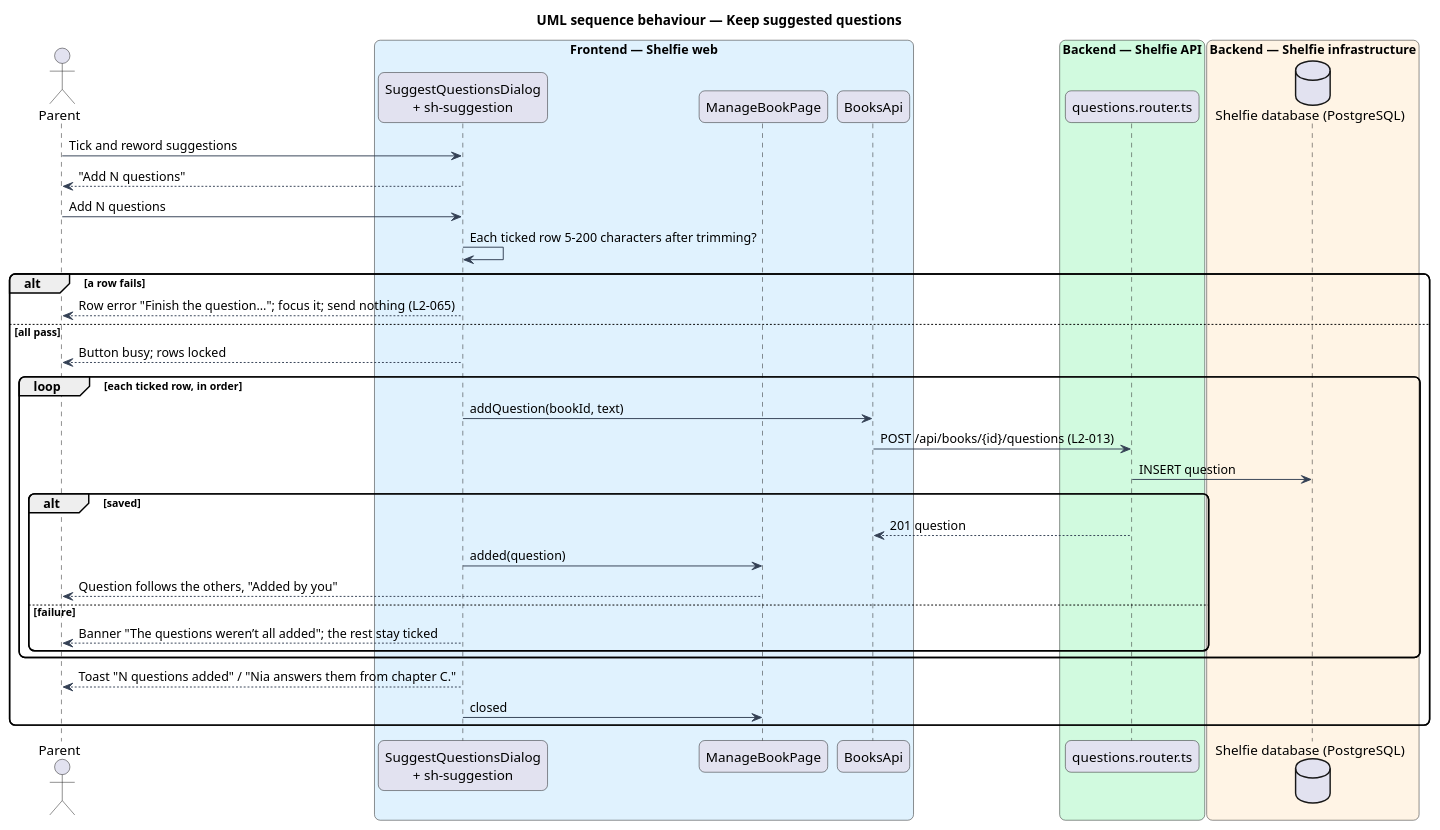
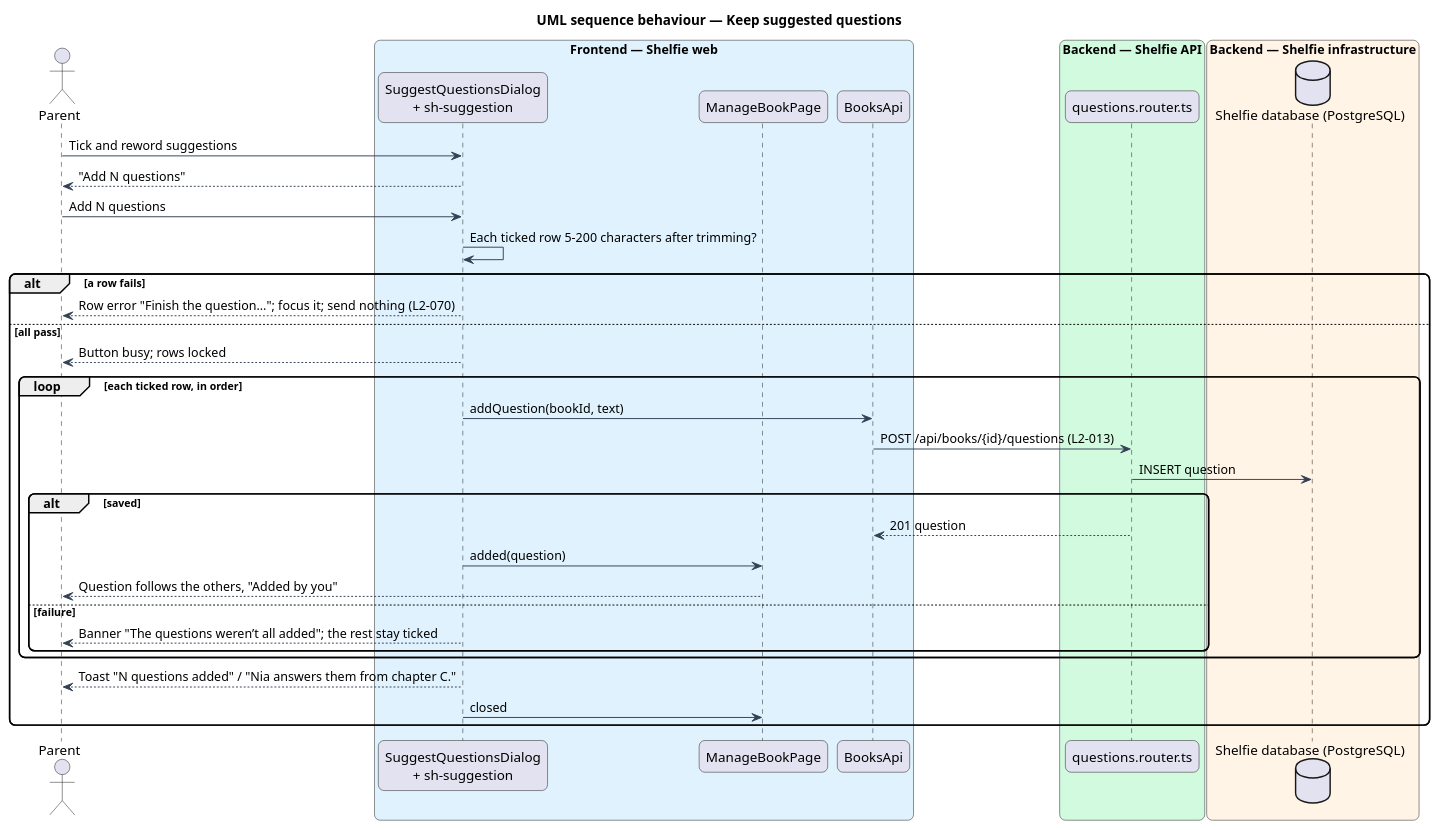
One commit to QuinntyneBrown/shelfie changed the diagram in docs/detailed-designs/books/suggest-questions/diagrams/sequence-keep-suggestions.puml. Above: the diagram before and after it, drawn with PlantUML. The commit also changed 33 other files, not shown here.

```diff
--- a/docs/detailed-designs/books/suggest-questions/diagrams/sequence-keep-suggestions.puml
+++ b/docs/detailed-designs/books/suggest-questions/diagrams/sequence-keep-suggestions.puml
@@ -1,43 +1,43 @@
 @startuml
 title UML sequence behaviour — Keep suggested questions
 skinparam backgroundColor #FFFFFF
 skinparam shadowing false
 skinparam roundcorner 12
 skinparam defaultFontName Arial
 skinparam ArrowColor #344054
 actor "Parent" as person
 box "Frontend — Shelfie web" #E0F2FE
   participant "SuggestQuestionsDialog\n+ sh-suggestion" as dialog
   participant "ManageBookPage" as page
   participant "BooksApi" as client
 end box
 box "Backend — Shelfie API" #D1FADF
   participant "questions.router.ts" as router
 end box
 box "Backend — Shelfie infrastructure" #FFF4E5
   database "Shelfie database (PostgreSQL)" as db
 end box
 person -> dialog : Tick and reword suggestions
 dialog --> person : "Add N questions"
 person -> dialog : Add N questions
 dialog -> dialog : Each ticked row 5–200 characters after trimming?
 alt a row fails
-  dialog --> person : Row error "Finish the question…"; focus it; send nothing (L2-065)
+  dialog --> person : Row error "Finish the question…"; focus it; send nothing (L2-070)
 else all pass
   dialog --> person : Button busy; rows locked
   loop each ticked row, in order
     dialog -> client : addQuestion(bookId, text)
     client -> router : POST /api/books/{id}/questions (L2-013)
     router -> db : INSERT question
     alt saved
       router --> client : 201 question
       dialog -> page : added(question)
       page --> person : Question follows the others, "Added by you"
     else failure
       dialog --> person : Banner "The questions weren’t all added"; the rest stay ticked
     end
   end
   dialog --> person : Toast "N questions added" / "Nia answers them from chapter C."
   dialog -> page : closed
 end
 @enduml
```
